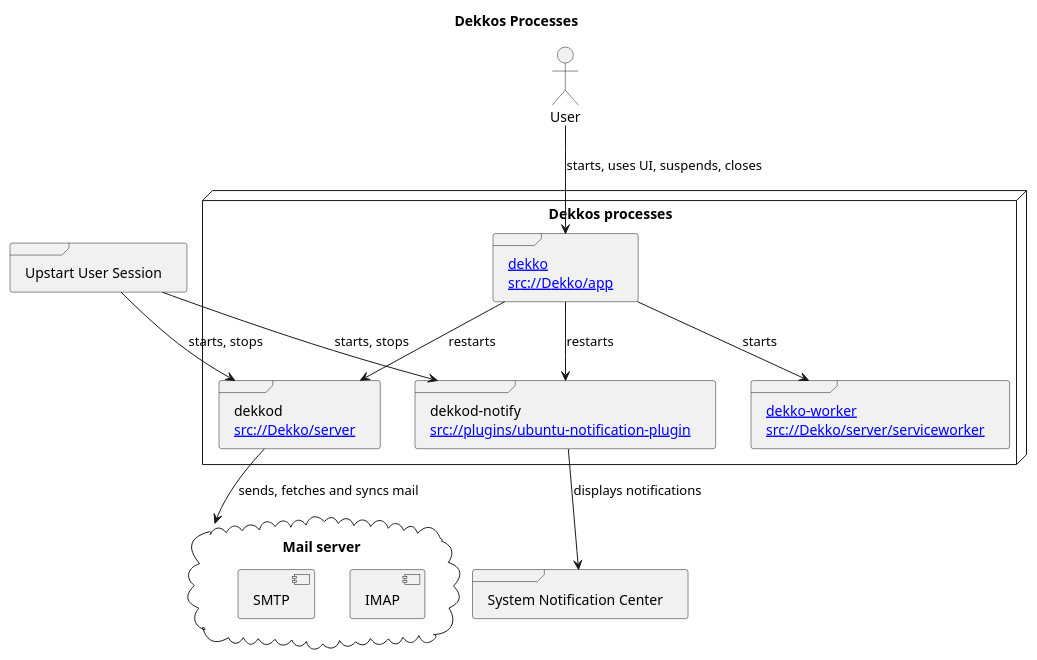
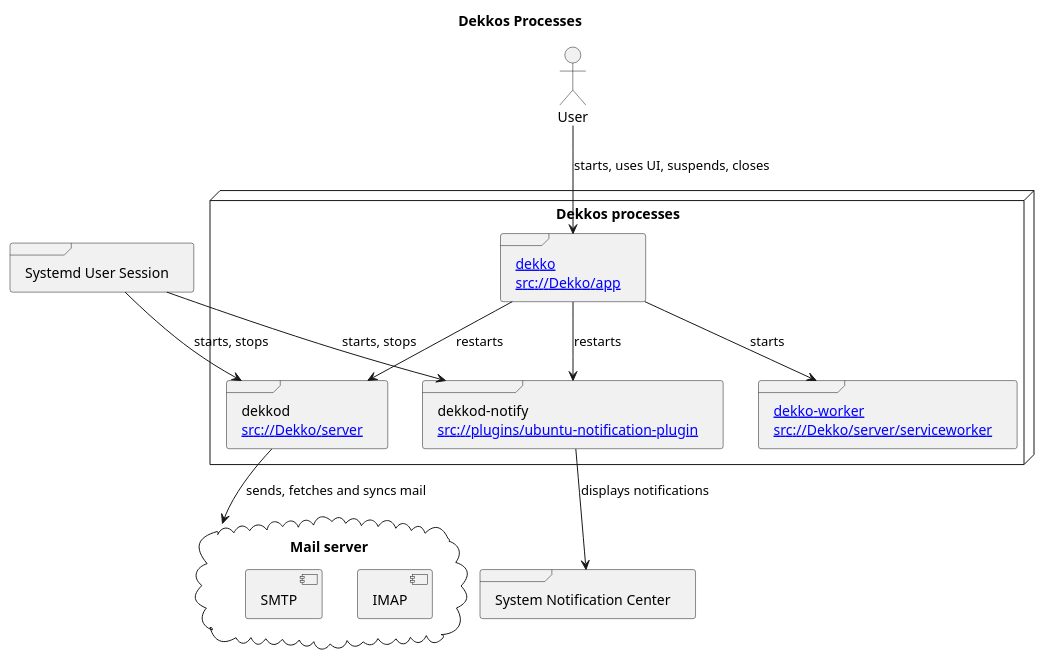
The diagram in docs/arch_processes.md (sageteadev/sageteamail), drawn with PlantUML before and after one commit. The commit also changed 452 other files, not shown here.

```diff
--- a/docs/arch_processes.md
+++ b/docs/arch_processes.md
@@ -4,41 +4,41 @@
 @startuml{processes.svg}
 
 title Dekkos Processes
 
 node "Dekkos processes" {
 
     frame "[[architecture_dekko.html dekko]]\n[[https://gitlab.com/dekkan/dekko/-/tree/master/Dekko/app src://Dekko/app]]" as dekko {
     }
 
     frame "[[architecture_dekko_worker.html dekko-worker]]\n[[https://gitlab.com/dekkan/dekko/-/tree/master/Dekko/server/serviceworker src://Dekko/server/serviceworker]]" as dekkoworker {
     }
  
     frame "dekkod\n[[https://gitlab.com/dekkan/dekko/-/tree/master/Dekko/server src://Dekko/server]]" as dekkod {
     } 
 
     frame "dekkod-notify\n[[https://gitlab.com/dekkan/dekko/-/tree/master/plugins/ubuntu-notification-plugin src://plugins/ubuntu-notification-plugin]]" as dekkodnotify {
     }
 }
 
-frame "Upstart User Session" as upstart {
+frame "Systemd User Session" as systemd {
 }
 
 frame "System Notification Center" as sysnotifcenter {
 }
 
 cloud "Mail server" as mailserver{
     [IMAP]
     [SMTP]
 }
 
 
 :User: --> dekko : starts, uses UI, suspends, closes
 dekko --> dekkoworker : starts
 dekko --> dekkod : restarts
 dekko --> dekkodnotify : restarts
-upstart --> dekkod : starts, stops
-upstart --> dekkodnotify : starts, stops
+systemd --> dekkod : starts, stops
+systemd --> dekkodnotify : starts, stops
 dekkod --> mailserver : sends, fetches and syncs mail
 dekkodnotify --> sysnotifcenter : displays notifications
 
 @enduml
```
